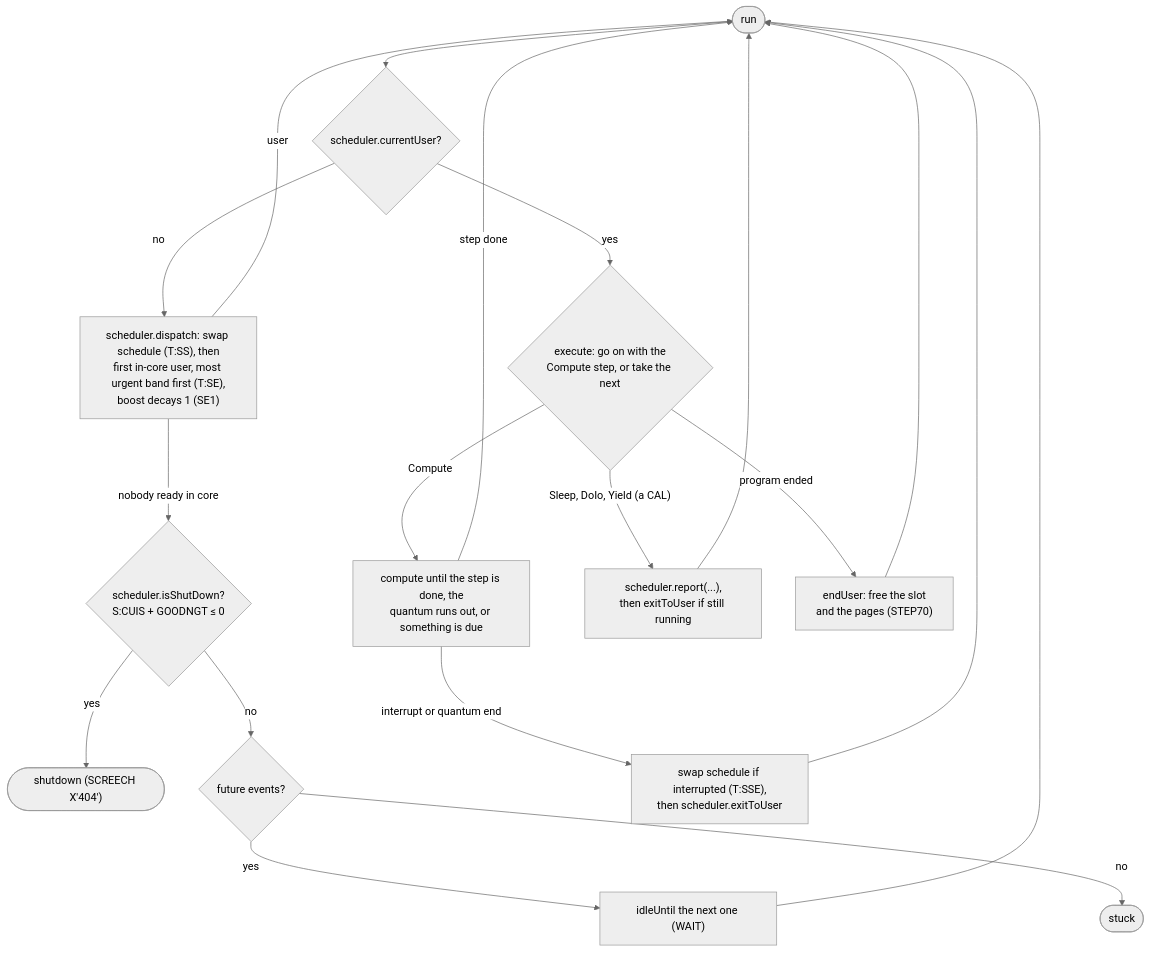
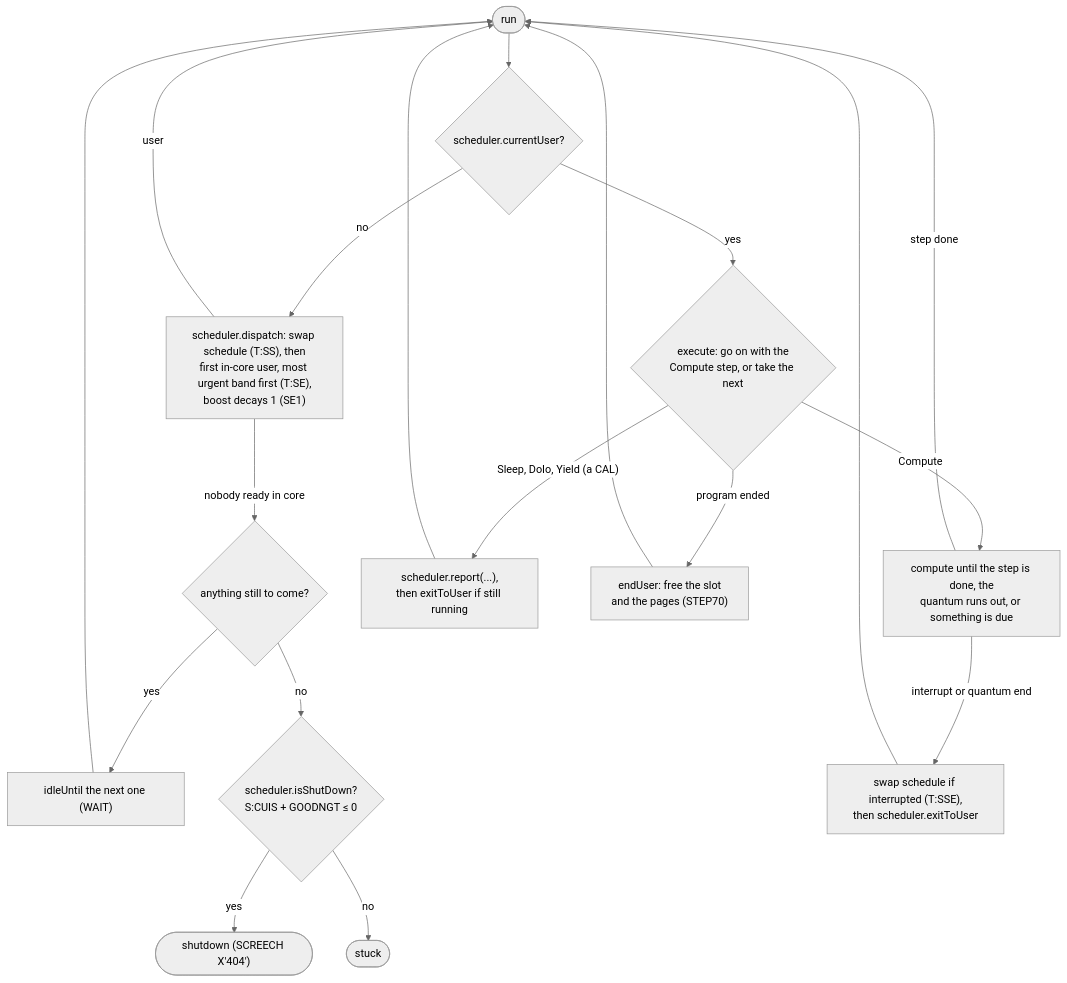
One commit to msiddalingaiah/Sigma changed the eighth of 8 diagrams in pyCP-V/C00stap/docs/model.md. Above: the diagram before and after it, drawn with Mermaid (neutral theme). The commit also changed other lines of this file and 12 other files, not shown here.

````diff
--- a/pyCP-V/C00stap/docs/model.md
+++ b/pyCP-V/C00stap/docs/model.md
@@ -425,21 +496,21 @@
 ```mermaid
 flowchart TD
     run([run]) --> current{"scheduler.currentUser?"}
     current -->|yes| execute
     current -->|no| dispatch["scheduler.dispatch: swap schedule (T:SS), then<br/>first in-core user, most urgent band first (T:SE),<br/>boost decays 1 (SE1)"]
     dispatch -->|user| run
-    dispatch -->|nobody ready in core| check{"scheduler.isShutDown?<br/>S:CUIS + GOODNGT ≤ 0"}
+    dispatch -->|nobody ready in core| pending{"anything still to come?"}
+    pending -->|yes| idle["idleUntil the next one (WAIT)"]
+    pending -->|no| check{"scheduler.isShutDown?<br/>S:CUIS + GOODNGT ≤ 0"}
     check -->|yes| shutdown(["shutdown (SCREECH X'404')"])
-    check -->|no| pending{"future events?"}
-    pending -->|yes| idle["idleUntil the next one (WAIT)"]
-    pending -->|no| stuck(["stuck"])
+    check -->|no| stuck(["stuck"])
     idle --> run
     execute{"execute: go on with the<br/>Compute step, or take the next"} -->|Compute| compute["compute until the step is done, the<br/>quantum runs out, or something is due"]
     compute -->|"interrupt or quantum end"| exit["swap schedule if interrupted (T:SSE),<br/>then scheduler.exitToUser"]
     compute -->|step done| run
     execute -->|"Sleep, DoIo, Yield (a CAL)"| report["scheduler.report(...),<br/>then exitToUser if still running"]
     execute -->|program ended| endUser["endUser: free the slot<br/>and the pages (STEP70)"]
     exit --> run
     report --> run
     endUser --> run
 ```
````
